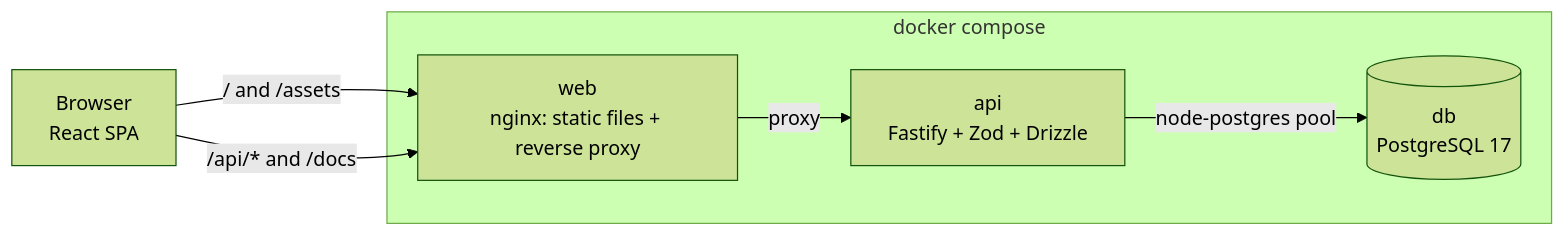
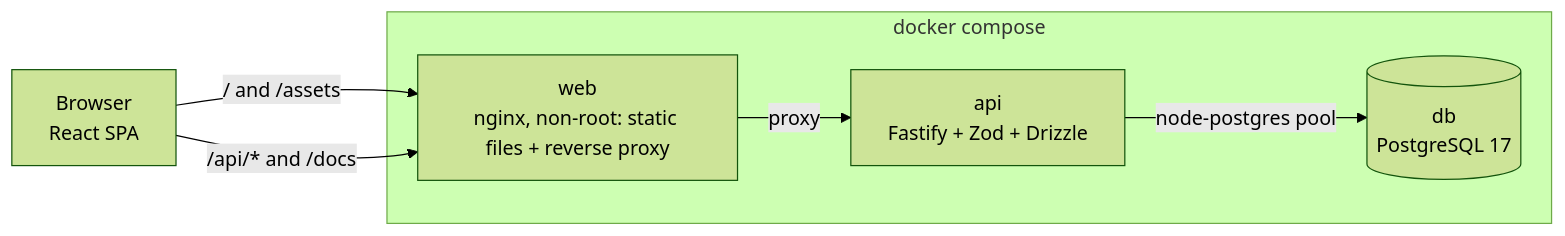
The diagram in README.md (Francorider/taskflow-api), drawn with Mermaid (forest theme) before and after one commit. The commit also changed other lines of this file, not shown here.

Commit message:
docs: document deployment, local Swagger, TRUST_PROXY and author

````diff
--- a/README.md
+++ b/README.md
@@ -58,13 +60,13 @@
 ```mermaid
 flowchart LR
     browser[Browser<br/>React SPA]
     subgraph compose[docker compose]
-        web[web<br/>nginx: static files + reverse proxy]
+        web[web<br/>nginx, non-root: static files + reverse proxy]
         api[api<br/>Fastify + Zod + Drizzle]
         db[(db<br/>PostgreSQL 17)]
     end
     browser -->|"/ and /assets"| web
     browser -->|"/api/* and /docs"| web
     web -->|proxy| api
     api -->|node-postgres pool| db
 ```
````
